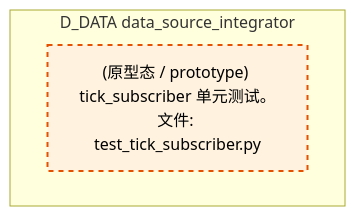
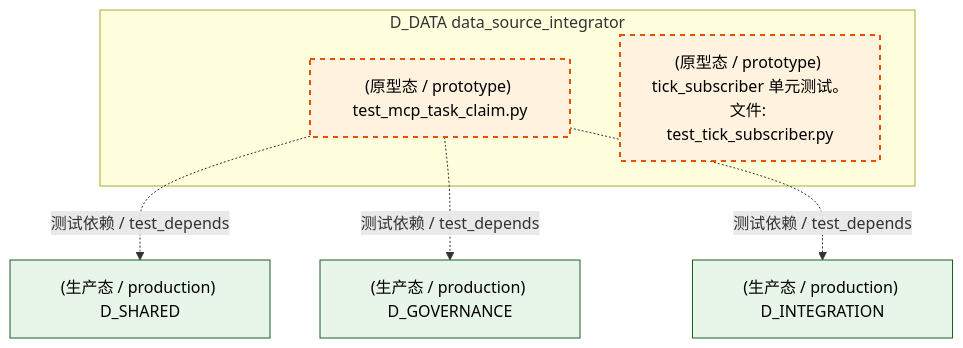
One commit to xuanFelixVan/ZephyrAlpha changed the third of 6 diagrams in docs/02_enterprise_architecture/02_domain_architecture_docs/61_d_data.md. Above: the diagram before and after it, drawn with Mermaid. The commit also changed other lines of this file and 126 other files, not shown here.

````diff
--- a/docs/02_enterprise_architecture/02_domain_architecture_docs/61_d_data.md
+++ b/docs/02_enterprise_architecture/02_domain_architecture_docs/61_d_data.md
@@ -309,11 +315,19 @@
 ```mermaid
 graph TD
     subgraph D_DATA["D_DATA data_source_integrator"]
+        tests_io_test_mcp_task_claim_py["(原型态 / prototype) test_mcp_task_claim.py"]
         tests_zephyr_data_test_tick_subscriber_py["(原型态 / prototype) tick_subscriber 单元测试。<br/>文件: test_tick_subscriber.py"]
     end
+    D_SHARED["(生产态 / production) D_SHARED"]
+    tests_io_test_mcp_task_claim_py -.->|测试依赖 / test_depends| D_SHARED
+    D_GOVERNANCE["(生产态 / production) D_GOVERNANCE"]
+    tests_io_test_mcp_task_claim_py -.->|测试依赖 / test_depends| D_GOVERNANCE
+    D_INTEGRATION["(生产态 / production) D_INTEGRATION"]
+    tests_io_test_mcp_task_claim_py -.->|测试依赖 / test_depends| D_INTEGRATION
     classDef production fill:#e1f5fe,stroke:#01579b,stroke-width:2px,color:#000
     classDef design fill:#fff3e0,stroke:#e65100,stroke-width:2px,color:#000,stroke-dasharray: 5 5
     classDef external_prod fill:#e8f5e9,stroke:#1b5e20,stroke-width:1px,color:#000
     classDef external_design fill:#fce4ec,stroke:#880e4f,stroke-width:1px,color:#000,stroke-dasharray: 5 5
-    class tests_zephyr_data_test_tick_subscriber_py design
+    class tests_io_test_mcp_task_claim_py,tests_zephyr_data_test_tick_subscriber_py design
+    class D_SHARED,D_GOVERNANCE,D_INTEGRATION external_prod
 ```
````
